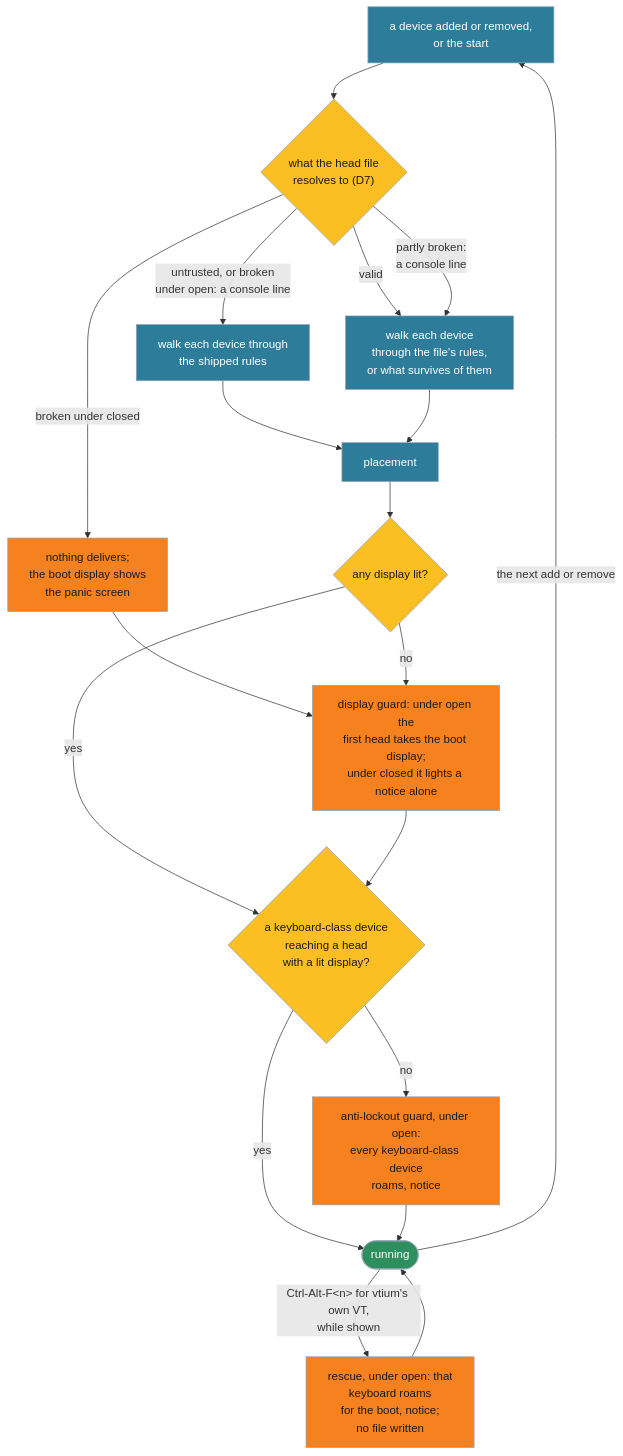
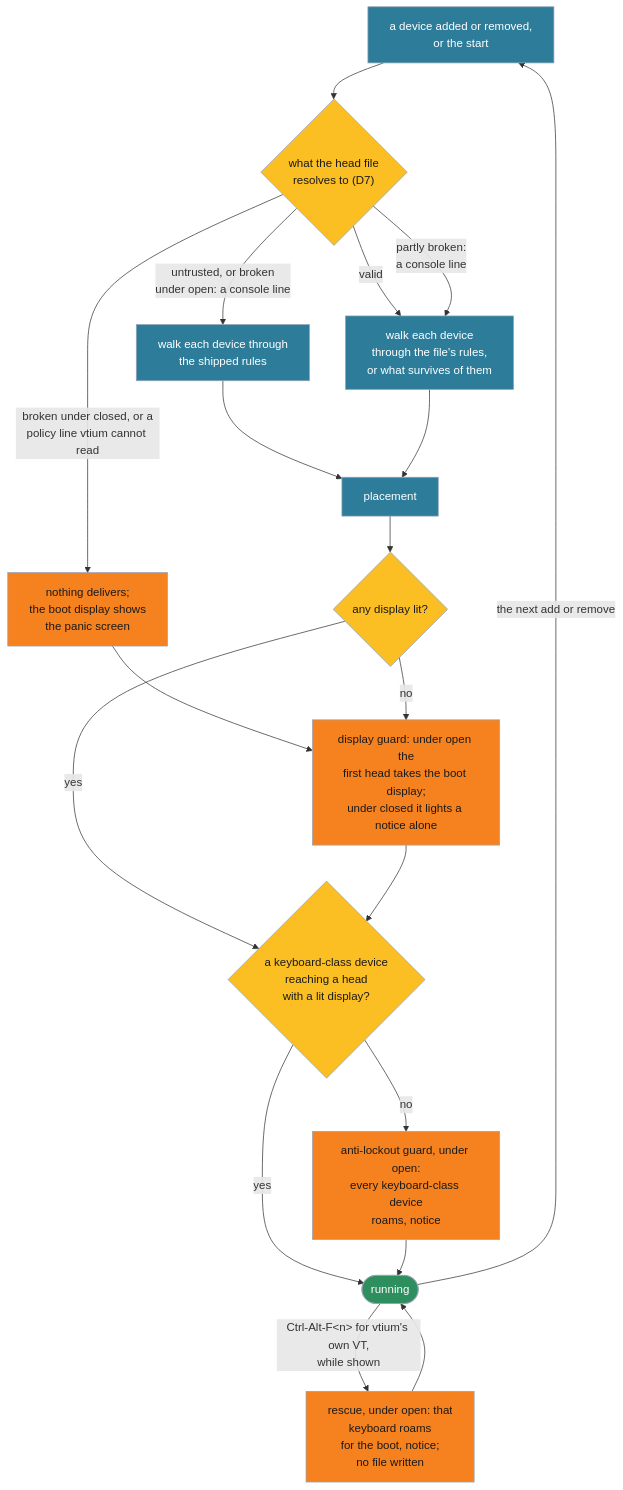
Before and after one commit to vtium/vtium: the fourth of 5 diagrams in docs/architecture/platform/ADR-1401-heads-a-terminal-per-physical-display-placed-by-a-first-match-ruleset.md, drawn with Mermaid. The commit also changed other lines of this file, not shown here.

First line of the commit message:
docs(adr): an unreadable policy line makes the head file closed and broken

````diff
--- a/docs/architecture/platform/ADR-1401-heads-a-terminal-per-physical-display-placed-by-a-first-match-ruleset.md
+++ b/docs/architecture/platform/ADR-1401-heads-a-terminal-per-physical-display-placed-by-a-first-match-ruleset.md
@@ -807,30 +817,30 @@
 ```mermaid
 flowchart TD
     EV["a device added or removed,<br>or the start"] --> VALID{"what the head file<br>resolves to (D7)"}
     VALID -->|"valid"| EVAL["walk each device<br>through the file's rules,<br>or what survives of them"]
     VALID -->|"untrusted, or broken<br>under open: a console line"| SHIP["walk each device through<br>the shipped rules"]
     VALID -->|"partly broken:<br>a console line"| EVAL
-    VALID -->|"broken under closed"| CLOSED["nothing delivers;<br>the boot display shows<br>the panic screen"]
+    VALID -->|"broken under closed, or a<br>policy line vtium cannot read"| CLOSED["nothing delivers;<br>the boot display shows<br>the panic screen"]
     CLOSED --> NZ
     SHIP --> EVAL2["placement"]
     EVAL --> EVAL2
     EVAL2 --> LIT{"any display lit?"}
     LIT -->|"no"| NZ["display guard: under open the<br>first head takes the boot display;<br>under closed it lights a notice alone"]
     LIT -->|"yes"| KB
     NZ --> KB{"a keyboard-class device<br>reaching a head<br>with a lit display?"}
     KB -->|"no"| AL["anti-lockout guard, under open:<br>every keyboard-class device<br>roams, notice"]
     KB -->|"yes"| RUN(["running"])
     AL --> RUN
     RUN -->|"Ctrl-Alt-F&lt;n&gt; for vtium's own VT,<br>while shown"| RES["rescue, under open: that<br>keyboard roams<br>for the boot, notice;<br>no file written"]
     RES --> RUN
     RUN -->|"the next add or remove"| EV
     classDef step fill:#2d7d9a,color:#ffffff,stroke:#94a3b8
     classDef check fill:#fbbf24,color:#1a1a1a,stroke:#94a3b8
     classDef guard fill:#f6821f,color:#1a1a1a,stroke:#94a3b8
     classDef done fill:#2d8e5e,color:#ffffff,stroke:#94a3b8
     class EV,EVAL,SHIP,EVAL2 step
     class CLOSED guard
     class VALID,LIT,KB check
     class NZ,AL,RES guard
     class RUN done
 ```
````
